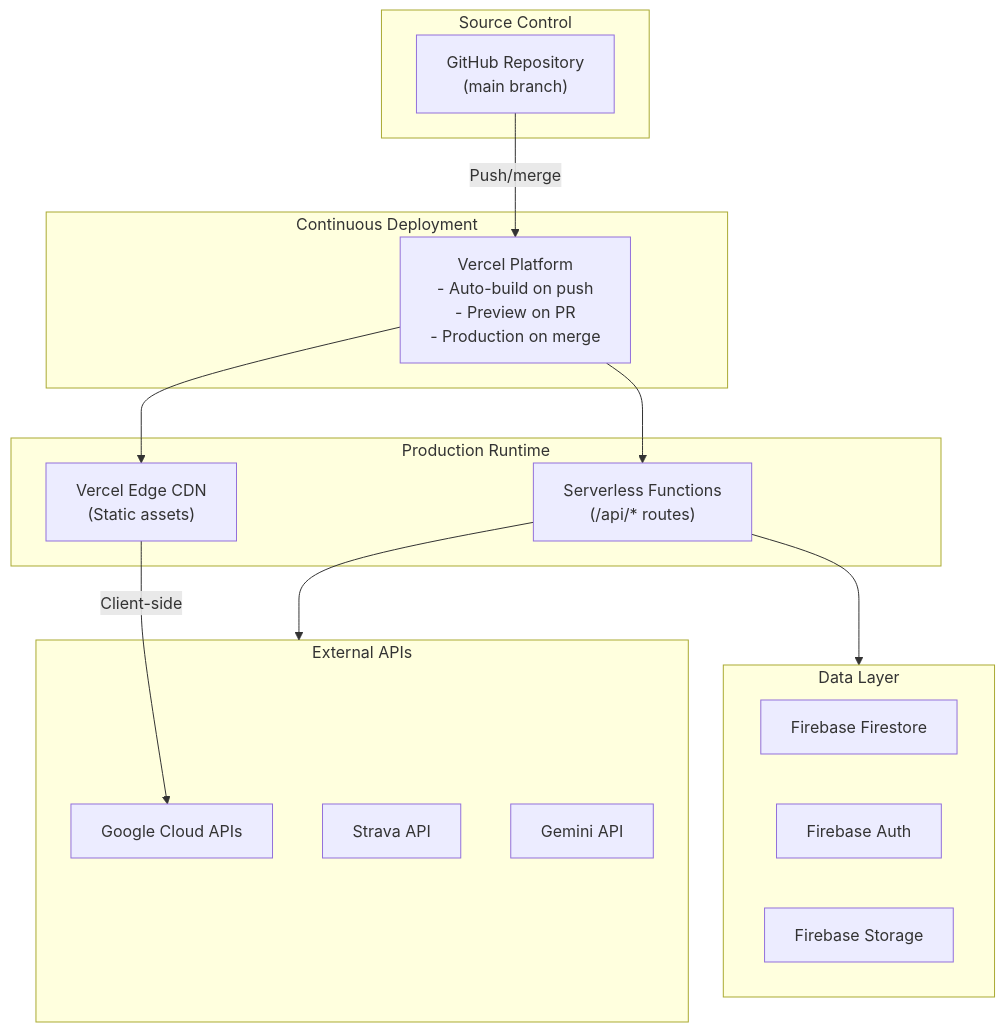
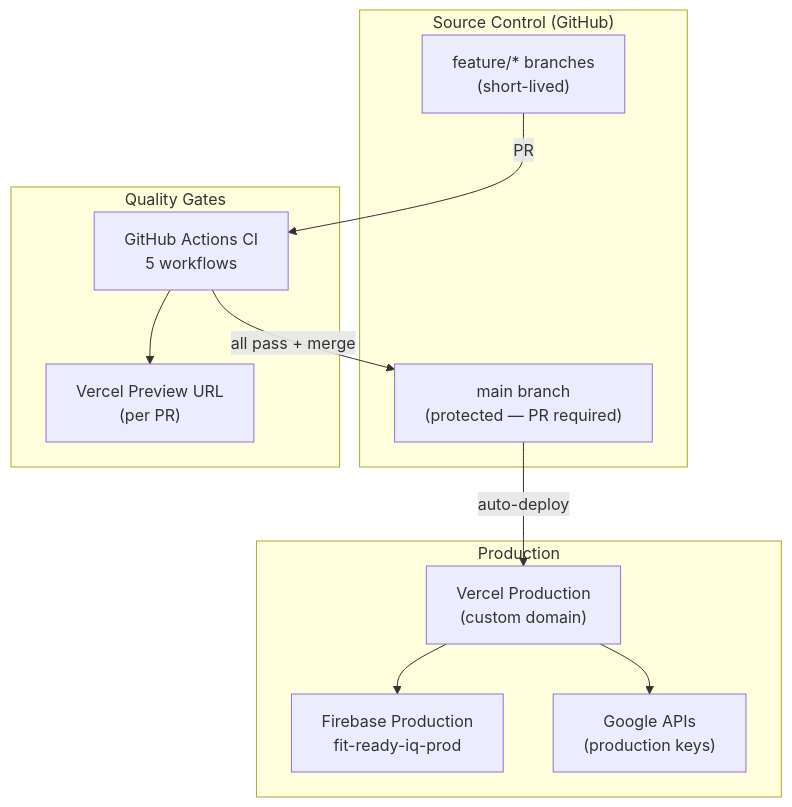
Before and after one commit to Oweeboi011/Fit-Ready-IQ: diagram 16 of 18 in docs/solution-plan/SOLUTION-PLAN.md, drawn with Mermaid. The commit also changed other lines of this file and 15 other files, not shown here.

````diff
--- a/docs/solution-plan/SOLUTION-PLAN.md
+++ b/docs/solution-plan/SOLUTION-PLAN.md
@@ -799,34 +954,25 @@
 ```mermaid
 flowchart TD
-    subgraph Source["Source Control"]
-        GitHub["GitHub Repository<br/>(main branch)"]
+    subgraph Source["Source Control (GitHub)"]
+        Main["main branch\n(protected — PR required)"]
+        Feature["feature/* branches\n(short-lived)"]
     end
 
-    subgraph CI["Continuous Deployment"]
-        Vercel["Vercel Platform<br/>- Auto-build on push<br/>- Preview on PR<br/>- Production on merge"]
+    subgraph Quality["Quality Gates"]
+        CI["GitHub Actions CI\n5 workflows"]
+        Vercel_Preview["Vercel Preview URL\n(per PR)"]
     end
 
-    subgraph Runtime["Production Runtime"]
-        Edge["Vercel Edge CDN<br/>(Static assets)"]
-        Functions["Serverless Functions<br/>(/api/* routes)"]
+    subgraph Production["Production"]
+        Vercel_Prod["Vercel Production\n(custom domain)"]
+        Firebase_Prod["Firebase Production\nfit-ready-iq-prod"]
+        Google_Prod["Google APIs\n(production keys)"]
     end
 
-    subgraph Data["Data Layer"]
-        Firestore["Firebase Firestore"]
-        Auth["Firebase Auth"]
-        Storage["Firebase Storage"]
-    end
-
-    subgraph APIs["External APIs"]
-        Google["Google Cloud APIs"]
-        Strava["Strava API"]
-        Gemini["Gemini API"]
-    end
-
-    GitHub -->|Push/merge| Vercel
-    Vercel --> Edge
-    Vercel --> Functions
-    Functions --> Data
-    Functions --> APIs
-    Edge -->|Client-side| Google
+    Feature -->|PR| CI
+    CI --> Vercel_Preview
+    CI -->|all pass + merge| Main
+    Main -->|auto-deploy| Vercel_Prod
+    Vercel_Prod --> Firebase_Prod
+    Vercel_Prod --> Google_Prod
 ```
````
